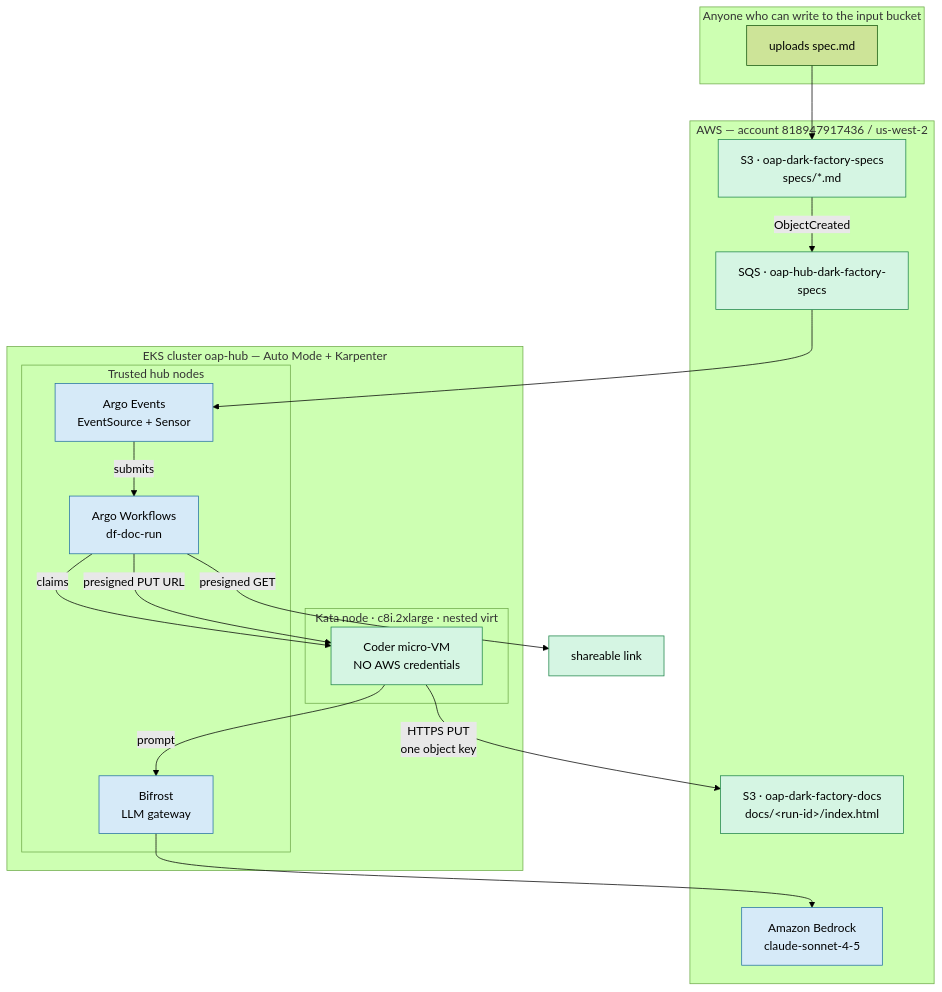
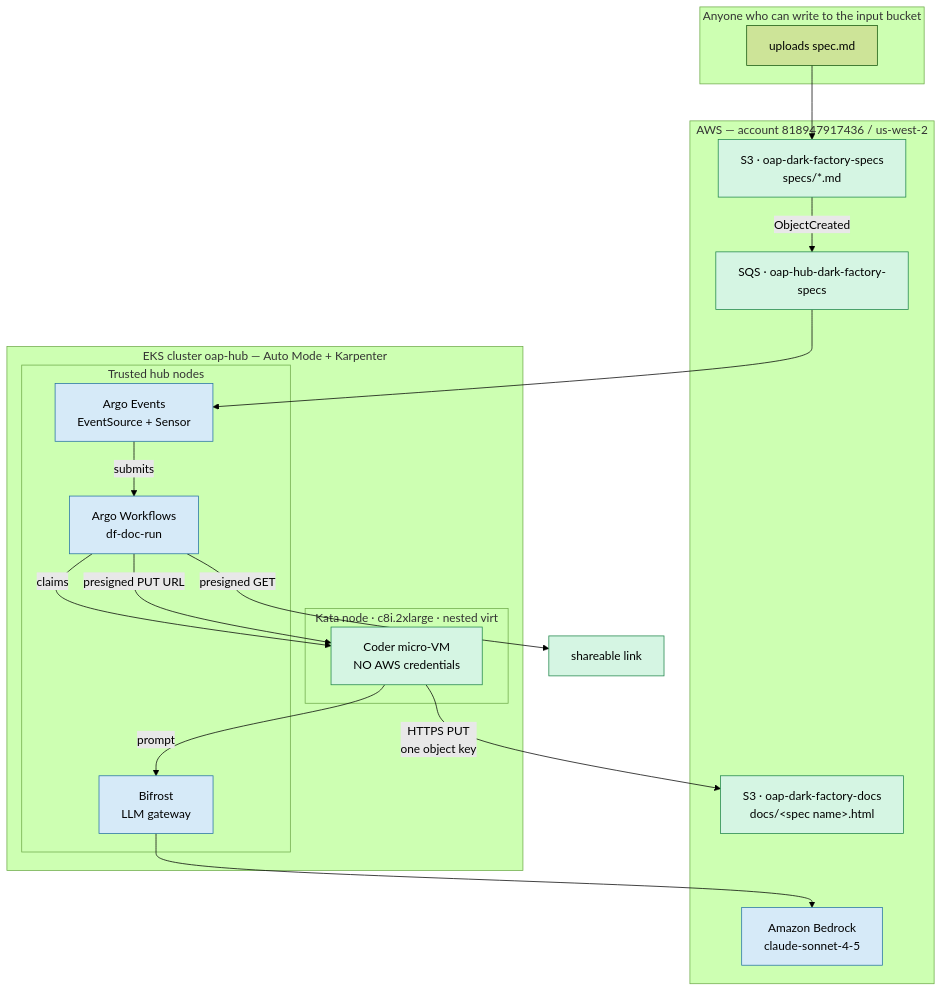
The first of 11 diagrams in docs/dark-factory/PROTOTYPE-PIPELINE-ARCHITECTURE.md (jjdeo/open-agentic-platform), drawn with Mermaid (forest theme) before and after one commit. The commit also changed other lines of this file and 4 other files, not shown here.

First line of the commit message:
feat(dark-factory): publish the document under the spec's own name

````diff
--- a/docs/dark-factory/PROTOTYPE-PIPELINE-ARCHITECTURE.md
+++ b/docs/dark-factory/PROTOTYPE-PIPELINE-ARCHITECTURE.md
@@ -21,40 +21,40 @@
 ```mermaid
 flowchart TB
     subgraph user["Anyone who can write to the input bucket"]
         UP["uploads spec.md"]
     end
 
     subgraph aws["AWS — account 818947917436 / us-west-2"]
         S3IN["S3 · oap-dark-factory-specs<br/>specs/*.md"]
         SQS["SQS · oap-hub-dark-factory-specs"]
-        S3OUT["S3 · oap-dark-factory-docs<br/>docs/&lt;run-id&gt;/index.html"]
+        S3OUT["S3 · oap-dark-factory-docs<br/>docs/&lt;spec name&gt;.html"]
         BR["Amazon Bedrock<br/>claude-sonnet-4-5"]
     end
 
     subgraph eks["EKS cluster oap-hub — Auto Mode + Karpenter"]
         subgraph hub["Trusted hub nodes"]
             AE["Argo Events<br/>EventSource + Sensor"]
             AW["Argo Workflows<br/>df-doc-run"]
             BF["Bifrost<br/>LLM gateway"]
         end
         subgraph kata["Kata node · c8i.2xlarge · nested virt"]
             VM["Coder micro-VM<br/>NO AWS credentials"]
         end
     end
 
     UP --> S3IN
     S3IN -- "ObjectCreated" --> SQS
     SQS --> AE
     AE -- "submits" --> AW
     AW -- "claims" --> VM
     AW -- "presigned PUT URL" --> VM
     VM -- "HTTPS PUT<br/>one object key" --> S3OUT
     VM -- "prompt" --> BF
     BF --> BR
     AW -- "presigned GET" --> SHARE["shareable link"]
 
     classDef added fill:#d5f5e3,stroke:#1e8449,color:#000
     classDef base fill:#d6eaf8,stroke:#2471a3,color:#000
     class S3IN,SQS,S3OUT,VM,SHARE added
     class AE,AW,BF,BR base
 ```
````
